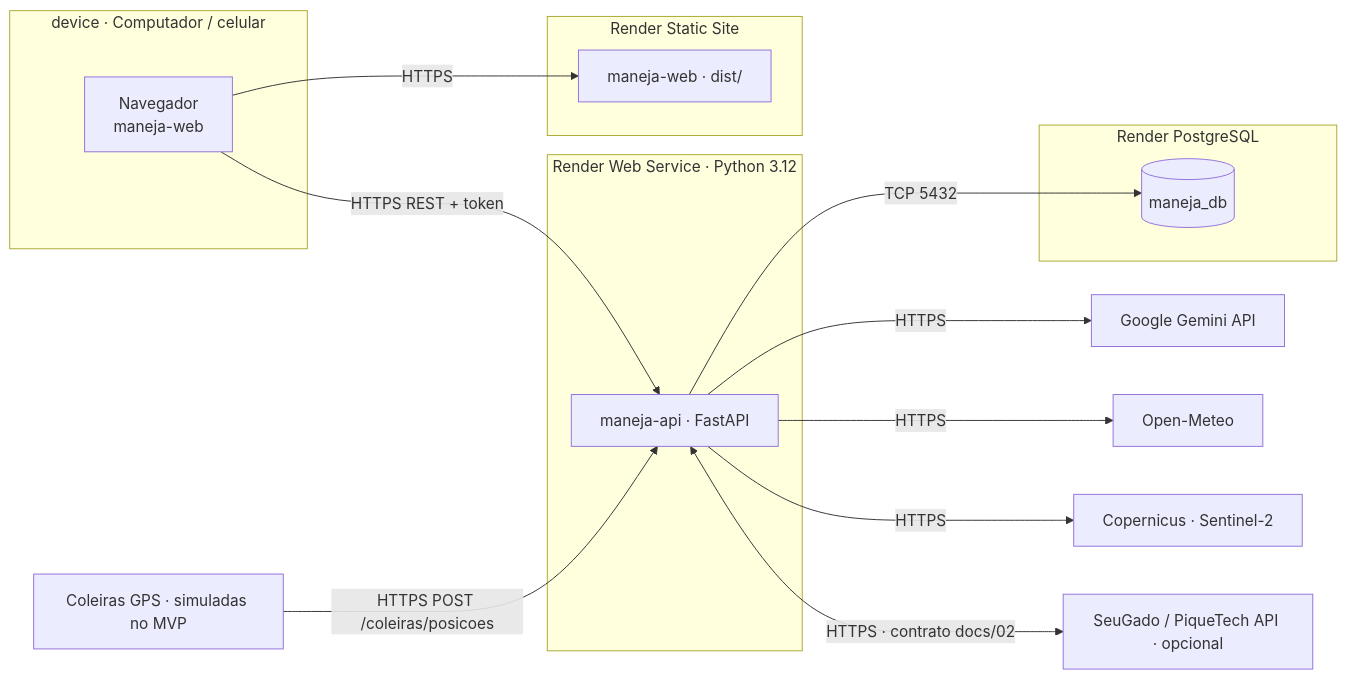
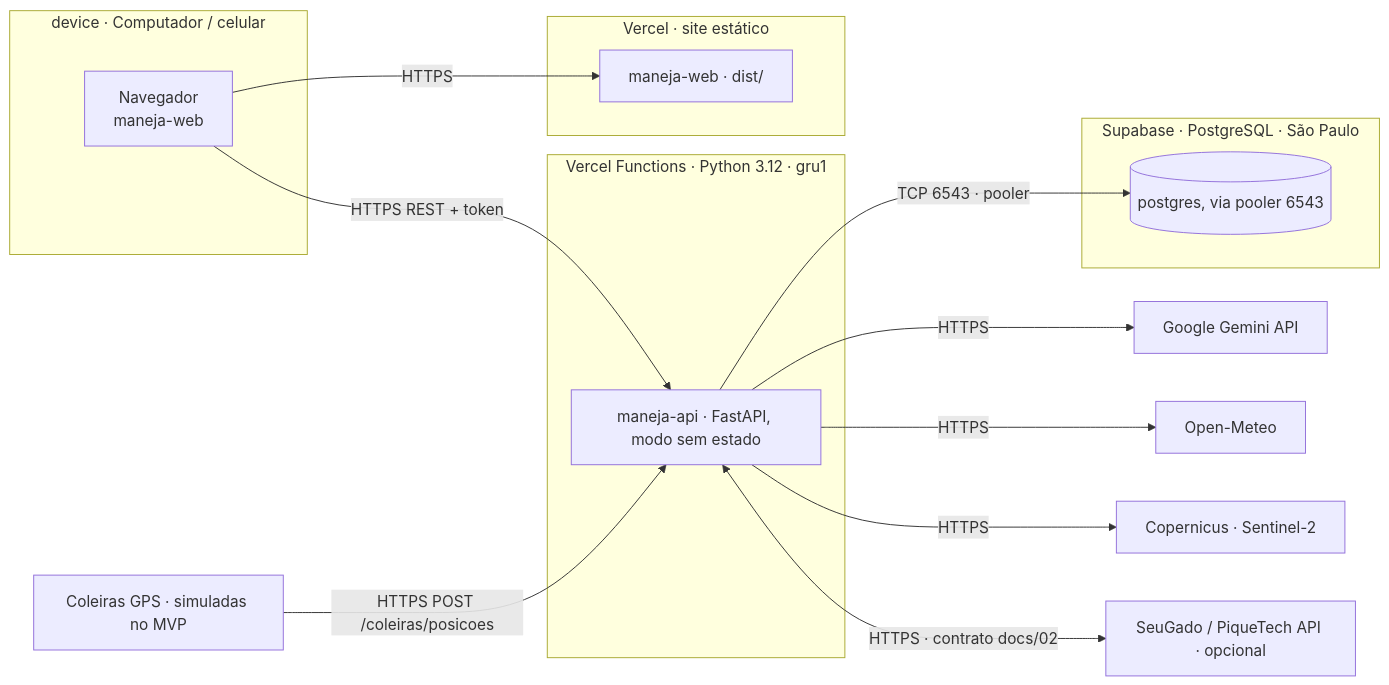
The diagram in docs/uml/06-implantacao.md (joaopedrosss/maneja), drawn with Mermaid before and after one commit. The commit also changed other lines of this file and 18 other files, not shown here.

First line of the commit message:
Prepara o deploy na Vercel com banco no Supabase (SPEC-013)

````diff
--- a/docs/uml/06-implantacao.md
+++ b/docs/uml/06-implantacao.md
@@ -3,27 +3,27 @@
 ```mermaid
 flowchart LR
     subgraph PC[device · Computador / celular]
         NAV[Navegador<br/>maneja-web]
     end
-    subgraph R1[Render Static Site]
+    subgraph R1[Vercel · site estático]
         WEBA[maneja-web · dist/]
     end
-    subgraph R2[Render Web Service · Python 3.12]
-        APIA[maneja-api · FastAPI]
+    subgraph R2[Vercel Functions · Python 3.12 · gru1]
+        APIA[maneja-api · FastAPI, modo sem estado]
     end
-    subgraph R3[Render PostgreSQL]
-        DB[(maneja_db)]
+    subgraph R3[Supabase · PostgreSQL · São Paulo]
+        DB[(postgres, via pooler 6543)]
     end
     GEM[Google Gemini API]
     OM[Open-Meteo]
     CDSE[Copernicus · Sentinel-2]
     SEU[SeuGado / PiqueTech API · opcional]
     COLE[Coleiras GPS · simuladas no MVP]
 
     NAV -- HTTPS --> WEBA
     NAV -- HTTPS REST + token --> APIA
-    APIA -- TCP 5432 --> DB
+    APIA -- TCP 6543 · pooler --> DB
     APIA -- HTTPS --> GEM & OM & CDSE
     APIA <-->|HTTPS · contrato docs/02| SEU
     COLE -- HTTPS POST /coleiras/posicoes --> APIA
 ```
````
